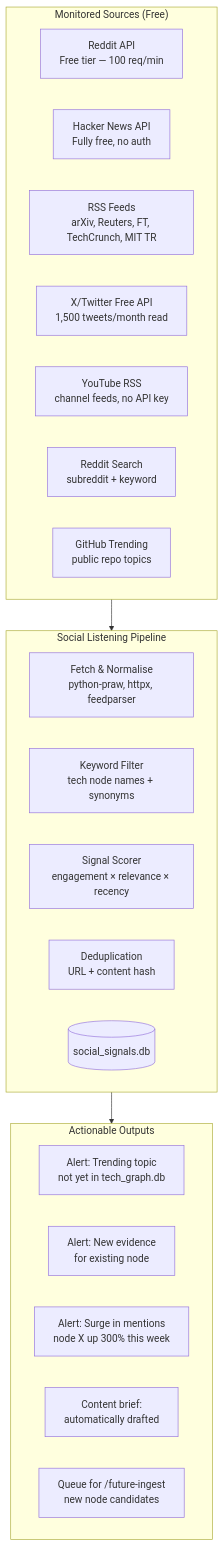
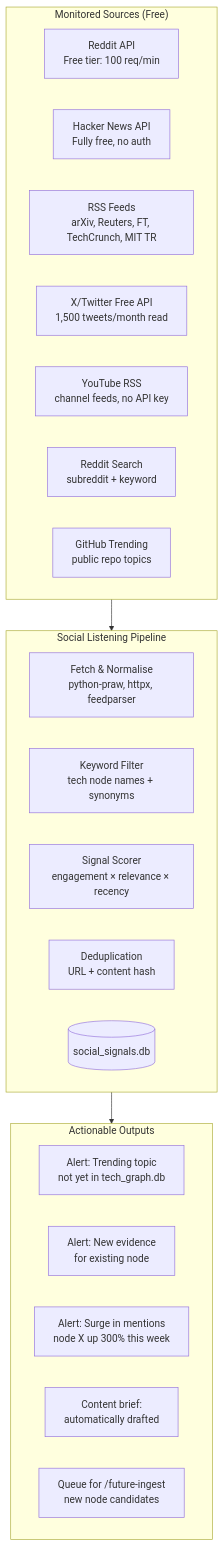
The first of 3 diagrams in enhancements/14-social-listening.md (mengliang10/future), drawn with Mermaid before and after one commit. The commit also changed other lines of this file and 348 other files, not shown here.

Commit message:
Global removal of em-dashes, homepage section reordering, and flow improvements

````diff
--- a/enhancements/14-social-listening.md
+++ b/enhancements/14-social-listening.md
@@ -15,31 +15,31 @@
 ```mermaid
 graph TD
     subgraph Sources["Monitored Sources (Free)"]
-        REDDIT[Reddit API\nFree tier — 100 req/min]
+        REDDIT[Reddit API\nFree tier: 100 req/min]
         HN[Hacker News API\nFully free, no auth]
         RSS[RSS Feeds\narXiv, Reuters, FT, TechCrunch, MIT TR]
         X_API[X/Twitter Free API\n1,500 tweets/month read]
         YT[YouTube RSS\nchannel feeds, no API key]
         REDDIT_SEARCH[Reddit Search\nsubreddit + keyword]
         GITHUB[GitHub Trending\npublic repo topics]
     end
 
     subgraph Pipeline["Social Listening Pipeline"]
         FETCH[Fetch & Normalise\npython-praw, httpx, feedparser]
         FILTER[Keyword Filter\ntech node names + synonyms]
         SCORE[Signal Scorer\nengagement × relevance × recency]
         DEDUP[Deduplication\nURL + content hash]
         STORE[(social_signals.db)]
     end
 
     subgraph Outputs["Actionable Outputs"]
         ALERT_NEW[Alert: Trending topic\nnot yet in tech_graph.db]
         ALERT_UPD[Alert: New evidence\nfor existing node]
         ALERT_SURGE[Alert: Surge in mentions\nnode X up 300% this week]
         CONTENT[Content brief:\nautomatically drafted]
         INGEST[Queue for /future-ingest\nnew node candidates]
     end
 
     Sources --> Pipeline
     Pipeline --> Outputs
 ```
````
